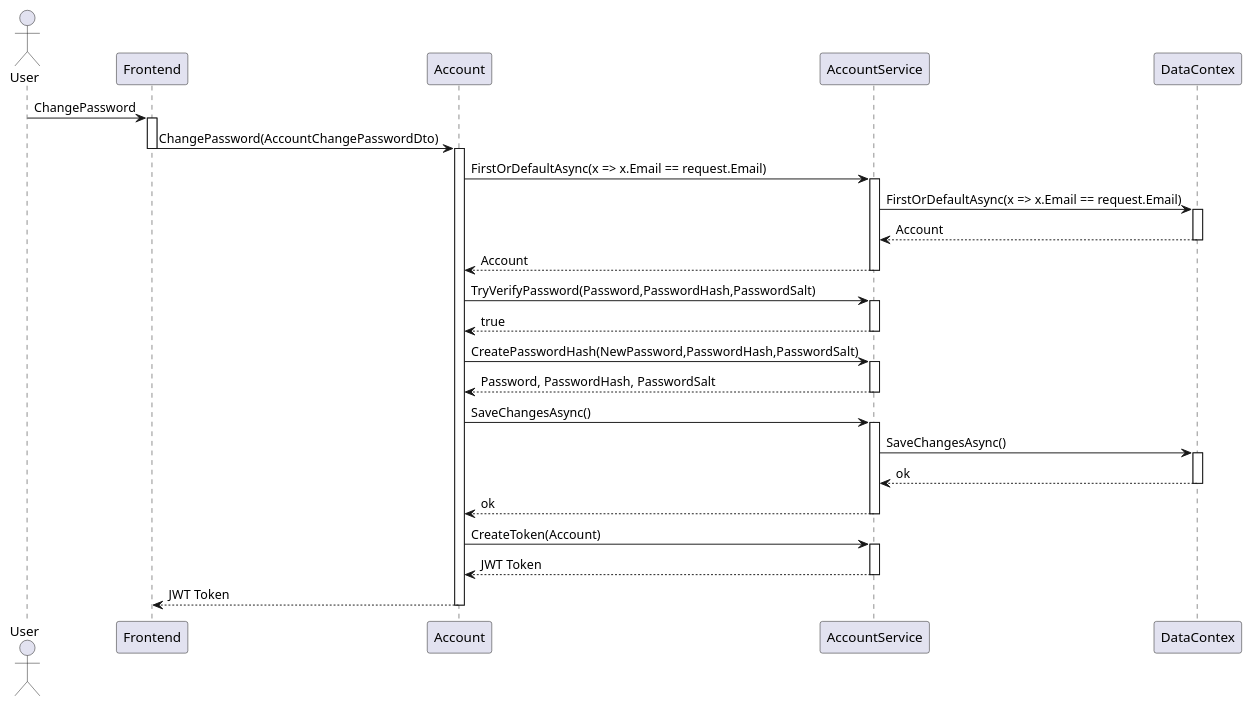
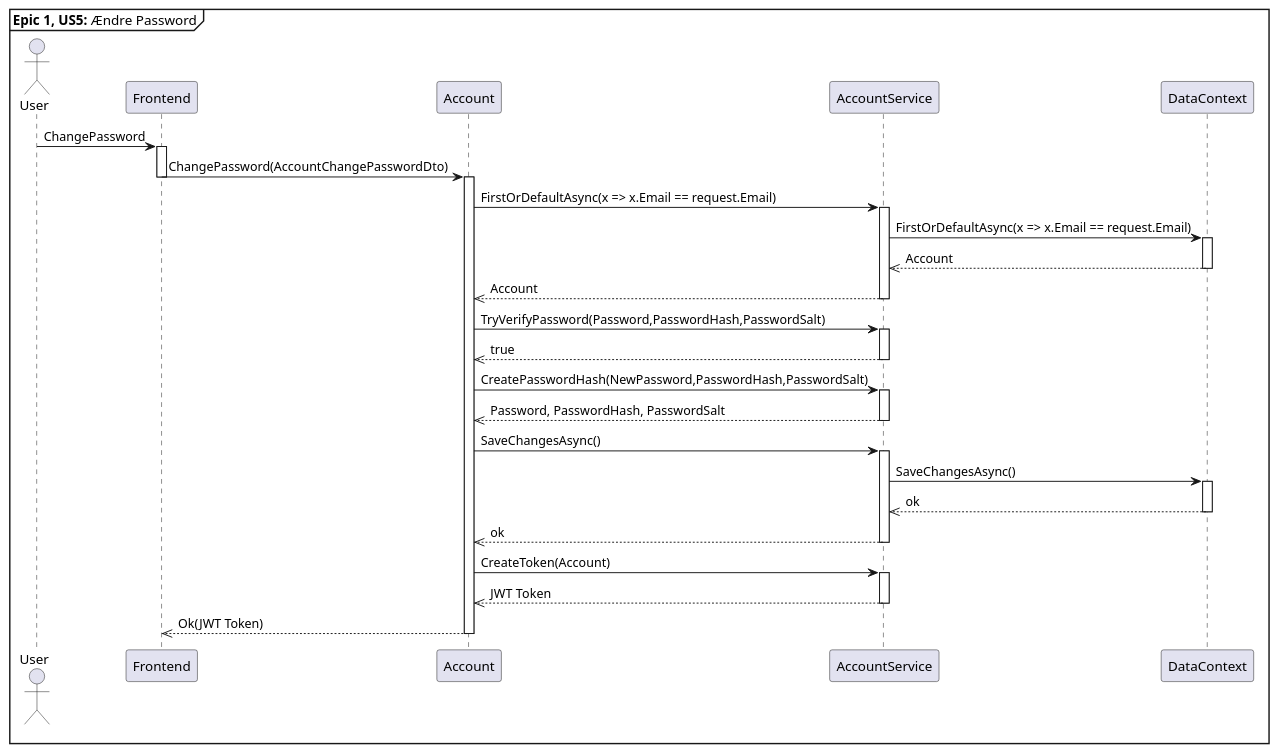
One commit to MartinStokholm/PRJ4_Repo changed the diagram in UML/PlanUML/SequenceDiagram/Account/AccountSequenceChangePassword.puml. Above: the diagram before and after it, drawn with PlantUML. The commit also changed 1 other file, not shown here.

```diff
--- a/UML/PlanUML/SequenceDiagram/Account/AccountSequenceChangePassword.puml
+++ b/UML/PlanUML/SequenceDiagram/Account/AccountSequenceChangePassword.puml
@@ -1,48 +1,50 @@
 @startuml AccountChangePassword
+mainframe **Epic 1, US5:** Ændre Password
+
 
 Actor "User" as U
 participant "Frontend" as F
 participant "Account" as A
 participant "AccountService" as S
-participant "DataContex" as D
+participant "DataContext" as D
 
 
 
 U -> F : ChangePassword
 activate F 
 F -> A : ChangePassword(AccountChangePasswordDto)
 deactivate F 
 activate A
 A -> S : FirstOrDefaultAsync(x => x.Email == request.Email)
 activate S
 S -> D : FirstOrDefaultAsync(x => x.Email == request.Email)
 activate D
-D --> S : Account
+D -->> S : Account
 deactivate D
-S --> A : Account
+S -->> A : Account
 deactivate S
 A -> S : TryVerifyPassword(Password,PasswordHash,PasswordSalt)
 activate S
-S --> A : true 
+S -->> A : true 
 deactivate S
 A -> S : CreatePasswordHash(NewPassword,PasswordHash,PasswordSalt)
 activate S
-S --> A : Password, PasswordHash, PasswordSalt
+S -->> A : Password, PasswordHash, PasswordSalt
 deactivate S 
 A -> S : SaveChangesAsync()
 activate S
 S -> D : SaveChangesAsync()
 activate D
-D --> S : ok 
+D -->> S : ok 
 deactivate D
-S --> A : ok
+S -->> A : ok
 deactivate S
 A -> S : CreateToken(Account)
 activate S
-S --> A : JWT Token
+S -->> A : JWT Token
 deactivate S
-A --> F : JWT Token
+A -->> F : Ok(JWT Token)
 deactivate A
 
 
 @enduml
```
